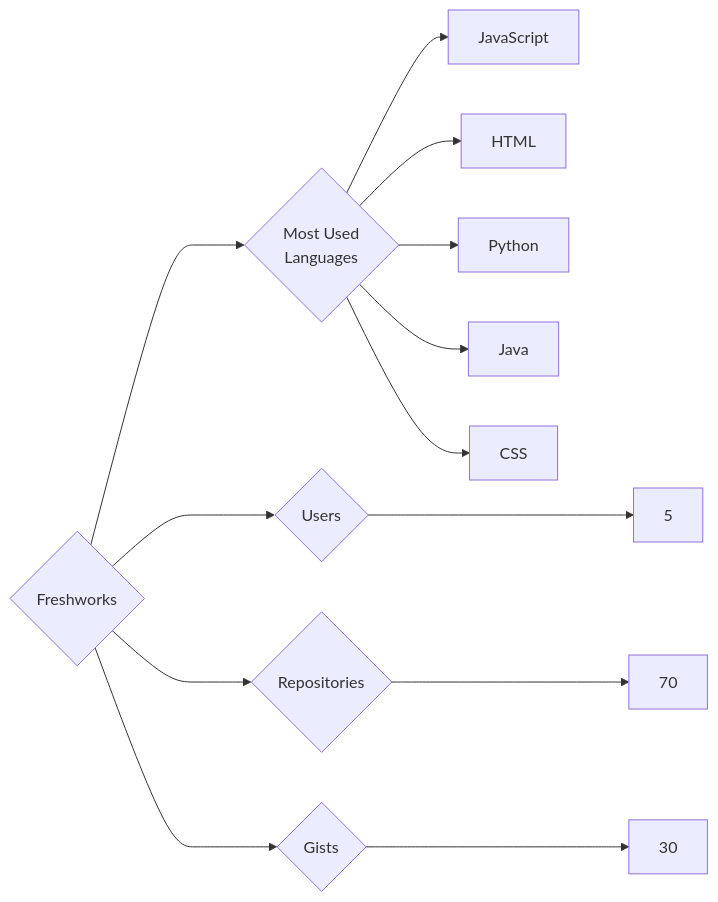
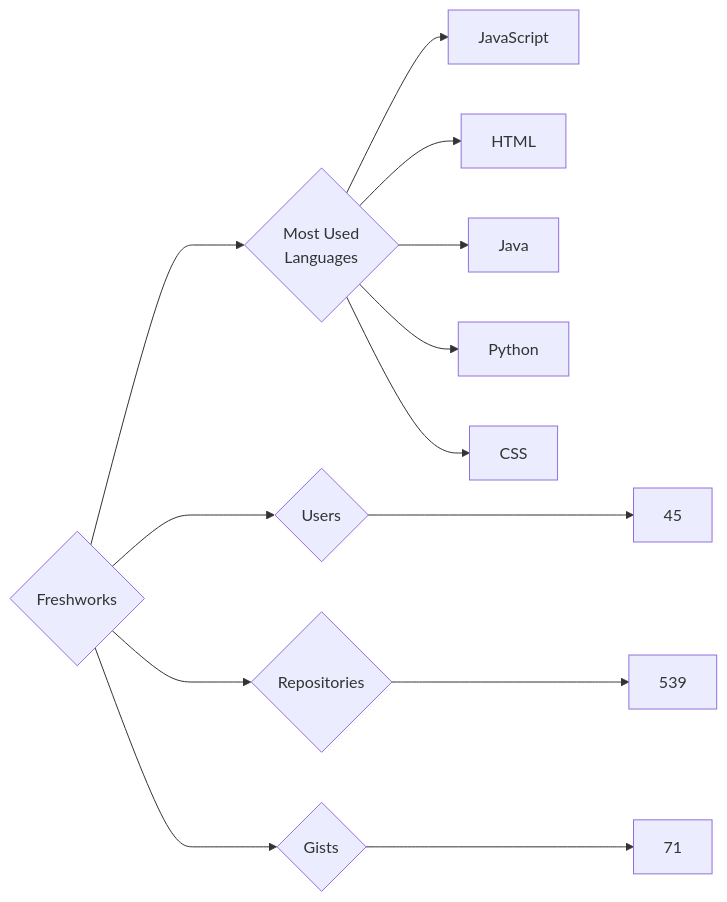
One commit to trickest/insiders changed the diagram in targets/Freshworks/README.md. Above: the diagram before and after it, drawn with Mermaid. The commit also changed 786 other files, not shown here.

````diff
--- a/targets/Freshworks/README.md
+++ b/targets/Freshworks/README.md
@@ -3,13 +3,13 @@
 ```mermaid
 graph LR
 COMPANY_NAME{Freshworks}
-COMPANY_NAME ---> U{Users} ---> UN[5]
-COMPANY_NAME ---> R{Repositories} ---> RN[70]
-COMPANY_NAME ---> G{Gists} ---> GN[30]
+COMPANY_NAME ---> U{Users} ---> UN[45]
+COMPANY_NAME ---> R{Repositories} ---> RN[539]
+COMPANY_NAME ---> G{Gists} ---> GN[71]
 COMPANY_NAME ---> ML{Most Used<br>Languages}
 ML --> JavaScript[JavaScript]
 ML --> HTML[HTML]
+ML --> Java[Java]
 ML --> Python[Python]
-ML --> Java[Java]
 ML --> CSS[CSS]
 ```
````
